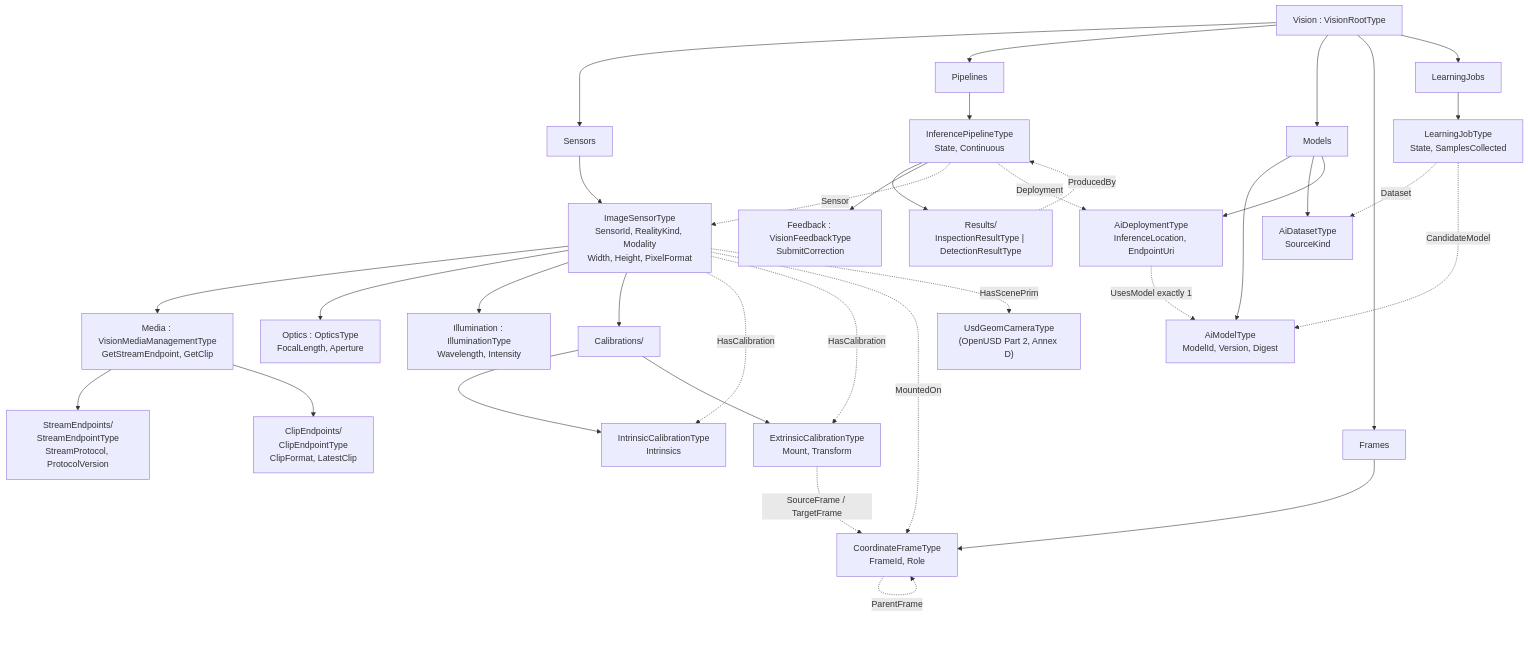
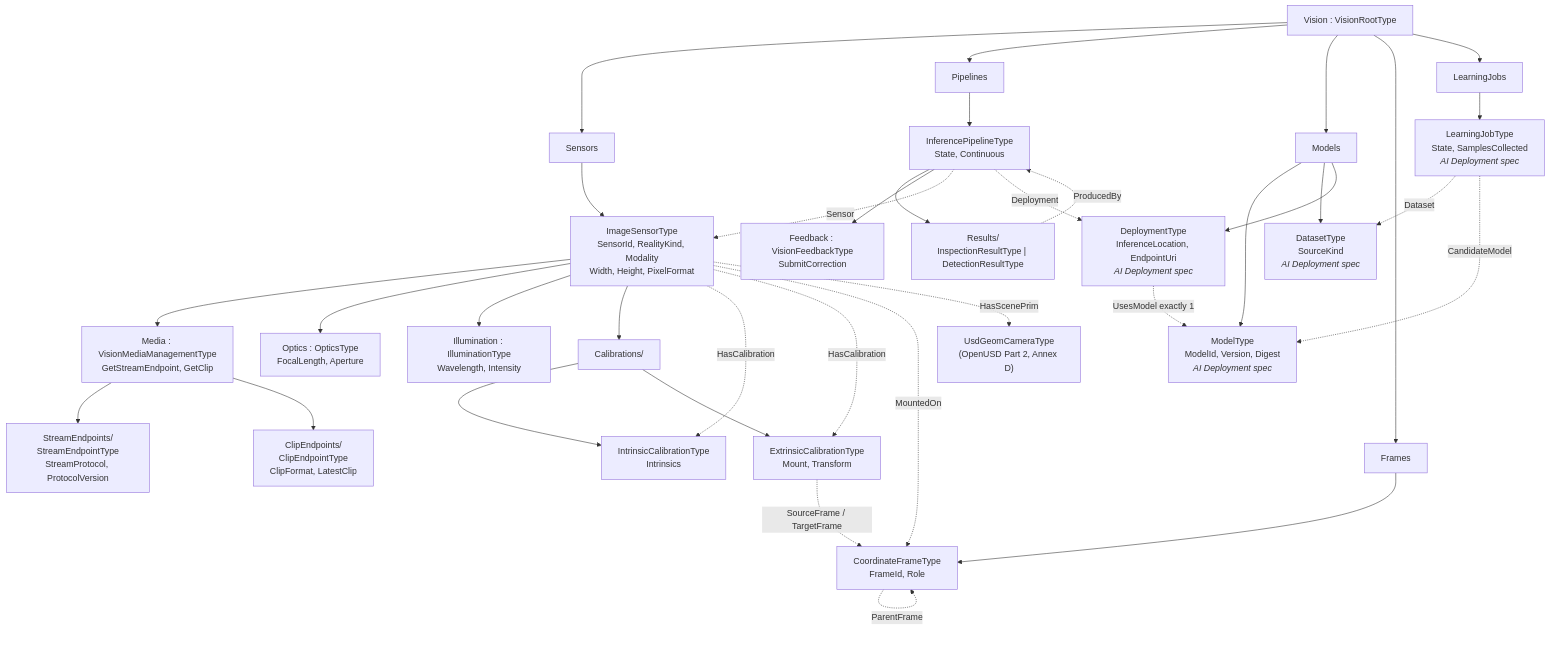
Before and after one commit to marcschier/opcua-drafts: the third of 11 diagrams in metaverse-specs/vision/OPC-UA-Vision.md, drawn with Mermaid. The commit also changed other lines of this file and 18 other files, not shown here.

````diff
--- a/metaverse-specs/vision/OPC-UA-Vision.md
+++ b/metaverse-specs/vision/OPC-UA-Vision.md
@@ -214,45 +220,45 @@
 ```mermaid
 graph TD
     ROOT["Vision : VisionRootType"]
     ROOT --> FS["Sensors"]
     ROOT --> FP["Pipelines"]
     ROOT --> FM["Models"]
     ROOT --> FF["Frames"]
     ROOT --> FJ["LearningJobs"]
 
     FS --> SENSOR["ImageSensorType<br/>SensorId, RealityKind, Modality<br/>Width, Height, PixelFormat"]
     SENSOR --> MEDIA["Media : VisionMediaManagementType<br/>GetStreamEndpoint, GetClip"]
     MEDIA --> SEP["StreamEndpoints/<br/>StreamEndpointType<br/>StreamProtocol, ProtocolVersion"]
     MEDIA --> CEP["ClipEndpoints/<br/>ClipEndpointType<br/>ClipFormat, LatestClip"]
     SENSOR --> OPT["Optics : OpticsType<br/>FocalLength, Aperture"]
     SENSOR --> ILL["Illumination : IlluminationType<br/>Wavelength, Intensity"]
     SENSOR --> CALS["Calibrations/"]
     CALS --> ICAL["IntrinsicCalibrationType<br/>Intrinsics"]
     CALS --> ECAL["ExtrinsicCalibrationType<br/>Mount, Transform"]
 
     FF --> FRAME["CoordinateFrameType<br/>FrameId, Role"]
 
-    FM --> MODEL["AiModelType<br/>ModelId, Version, Digest"]
-    FM --> DSET["AiDatasetType<br/>SourceKind"]
-    FM --> DEPL["AiDeploymentType<br/>InferenceLocation, EndpointUri"]
+    FM --> MODEL["ModelType<br/>ModelId, Version, Digest<br/><i>AI Deployment spec</i>"]
+    FM --> DSET["DatasetType<br/>SourceKind<br/><i>AI Deployment spec</i>"]
+    FM --> DEPL["DeploymentType<br/>InferenceLocation, EndpointUri<br/><i>AI Deployment spec</i>"]
 
     FP --> PIPE["InferencePipelineType<br/>State, Continuous"]
     PIPE --> RES["Results/<br/>InspectionResultType | DetectionResultType"]
     PIPE --> FB["Feedback : VisionFeedbackType<br/>SubmitCorrection"]
 
-    FJ --> JOB["LearningJobType<br/>State, SamplesCollected"]
+    FJ --> JOB["LearningJobType<br/>State, SamplesCollected<br/><i>AI Deployment spec</i>"]
 
     SENSOR -.HasCalibration.-> ICAL
     SENSOR -.HasCalibration.-> ECAL
     SENSOR -.MountedOn.-> FRAME
     SENSOR -.HasScenePrim.-> PRIM["UsdGeomCameraType<br/>(OpenUSD Part 2, Annex D)"]
     DEPL -.UsesModel exactly 1.-> MODEL
     RES -.ProducedBy.-> PIPE
 
     PIPE -.->|Sensor| SENSOR
     PIPE -.->|Deployment| DEPL
     ECAL -.->|SourceFrame / TargetFrame| FRAME
     FRAME -.->|ParentFrame| FRAME
     JOB -.->|Dataset| DSET
     JOB -.->|CandidateModel| MODEL
 ```
````
